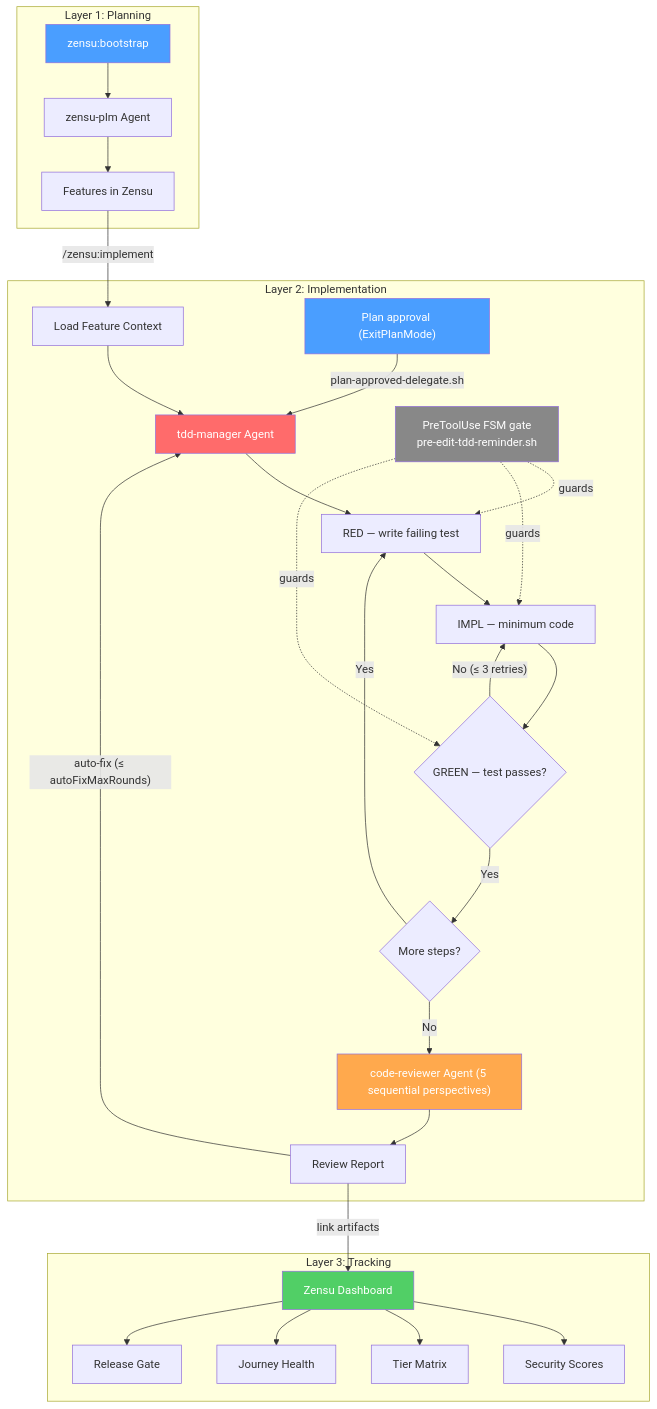
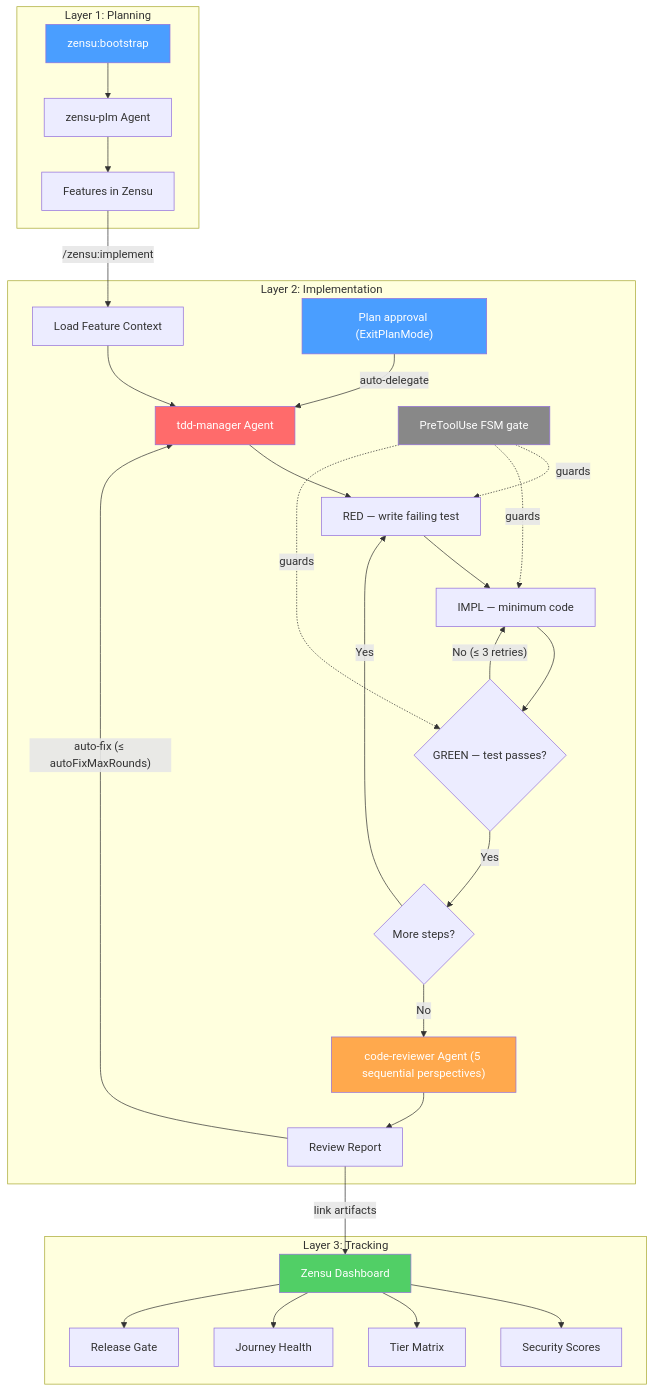
The diagram in README.md (MKITConsulting/zensu-claude-code), drawn with Mermaid before and after one commit.

Commit message:
docs(readme): drop .sh filenames from Mermaid chart (too detailed)
- PLAN edge label: plan-approved-delegate.sh -> auto-delegate
- GATE node: drop pre-edit-tdd-reminder.sh second line, keep just
  'PreToolUse FSM gate'

Hook script filenames remain in the Hooks table and Configuration
section where the detail belongs. Chart now reads as an architectural
overview rather than an implementation map.

````diff
--- a/README.md
+++ b/README.md
@@ -25,40 +25,40 @@
 ```mermaid
 flowchart TD
     subgraph Planning["Layer 1: Planning"]
         A["zensu:bootstrap"] --> B["zensu-plm Agent"]
         B --> C["Features in Zensu"]
     end
 
     subgraph Implementation["Layer 2: Implementation"]
         C -->|"/zensu:implement"| D["Load Feature Context"]
-        PLAN["Plan approval (ExitPlanMode)"] -->|"plan-approved-delegate.sh"| E
+        PLAN["Plan approval (ExitPlanMode)"] -->|"auto-delegate"| E
         D --> E["tdd-manager Agent"]
         E --> RED["RED — write failing test"]
         RED --> IMPL["IMPL — minimum code"]
         IMPL --> GREEN{"GREEN — test passes?"}
         GREEN -->|"No (≤ 3 retries)"| IMPL
         GREEN -->|"Yes"| NEXT{"More steps?"}
         NEXT -->|"Yes"| RED
         NEXT -->|"No"| K["code-reviewer Agent (5 sequential perspectives)"]
         K --> L["Review Report"]
         L -->|"auto-fix (≤ autoFixMaxRounds)"| E
-        GATE["PreToolUse FSM gate<br/>pre-edit-tdd-reminder.sh"] -.guards.-> RED
+        GATE["PreToolUse FSM gate"] -.guards.-> RED
         GATE -.guards.-> IMPL
         GATE -.guards.-> GREEN
     end
 
     subgraph Tracking["Layer 3: Tracking"]
         L -->|"link artifacts"| M["Zensu Dashboard"]
         M --> N["Security Scores"]
         M --> O["Tier Matrix"]
         M --> P["Journey Health"]
         M --> Q["Release Gate"]
     end
 
     style A fill:#4a9eff,color:#fff
     style PLAN fill:#4a9eff,color:#fff
     style E fill:#ff6b6b,color:#fff
     style GATE fill:#888,color:#fff
     style K fill:#ffa94d,color:#fff
     style M fill:#51cf66,color:#fff
 ```
````
